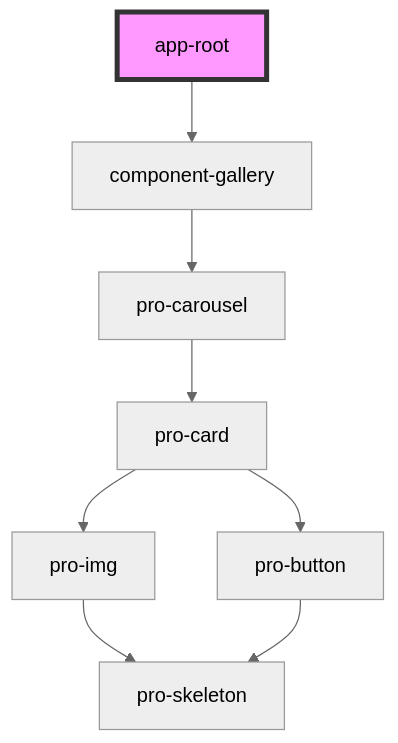
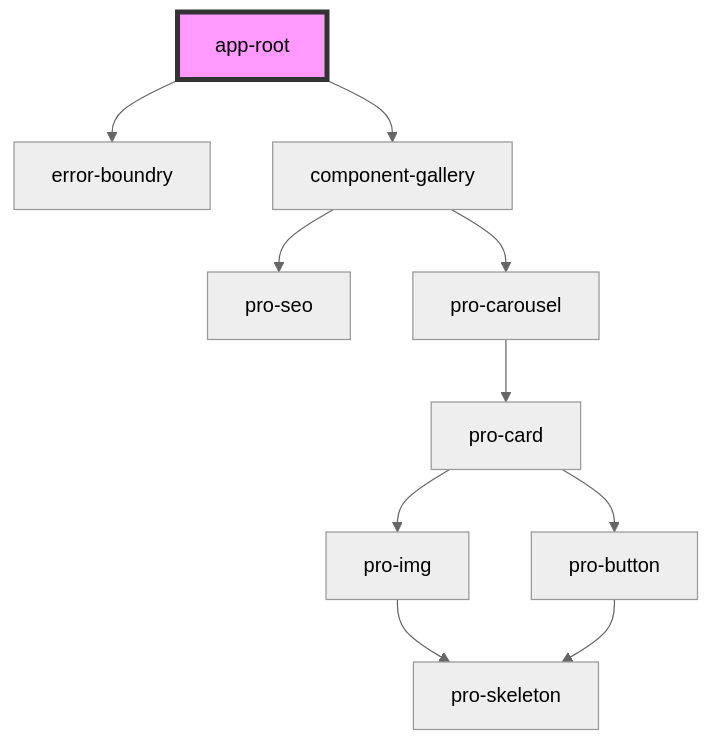
The diagram in apps/app/src/readme.md (aab1dh/pro), drawn with Mermaid (neutral theme) before and after one commit. The commit also changed other lines of this file and 16 other files, not shown here.

````diff
--- a/apps/app/src/readme.md
+++ b/apps/app/src/readme.md
@@ -15,11 +16,13 @@
 ```mermaid
 graph TD;
+  app-root --> error-boundry
   app-root --> component-gallery
+  component-gallery --> pro-seo
   component-gallery --> pro-carousel
   pro-carousel --> pro-card
   pro-card --> pro-img
   pro-card --> pro-button
   pro-img --> pro-skeleton
   pro-button --> pro-skeleton
   style app-root fill:#f9f,stroke:#333,stroke-width:4px
 ```
````
